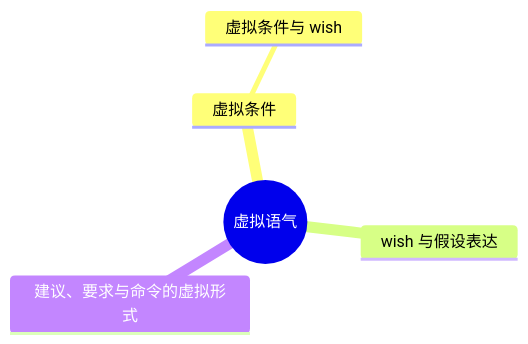
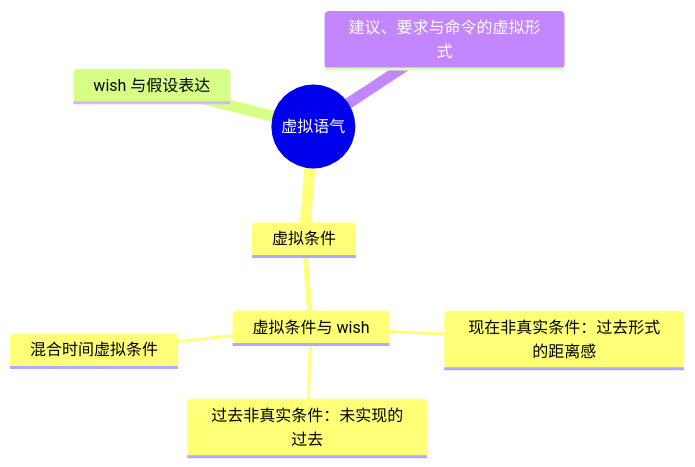
The tenth of 11 diagrams in grammar-mindmaps.md (FitzLeewenlei/grammar), drawn with Mermaid before and after one commit. The commit also changed other lines of this file and 14 other files, not shown here.

````diff
--- a/grammar-mindmaps.md
+++ b/grammar-mindmaps.md
@@ -189,8 +232,11 @@
 ```mermaid
 mindmap
   root((虚拟语气))
     虚拟条件
       虚拟条件与 wish
+        现在非真实条件：过去形式的距离感
+        过去非真实条件：未实现的过去
+        混合时间虚拟条件
     wish 与假设表达
     建议、要求与命令的虚拟形式
 ```
````
